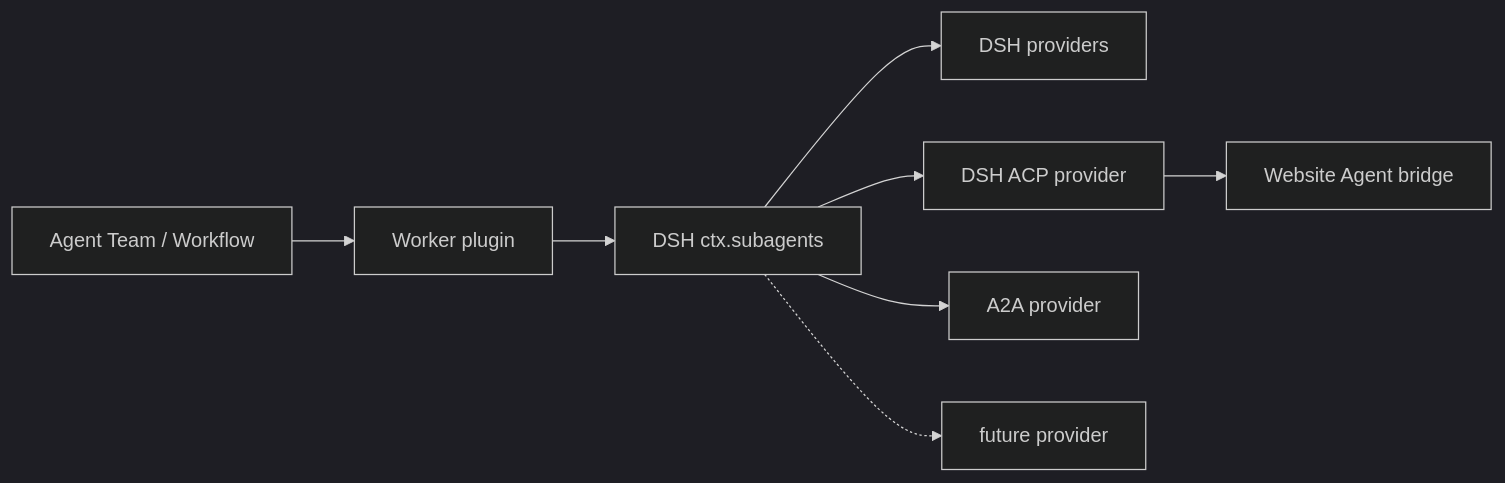
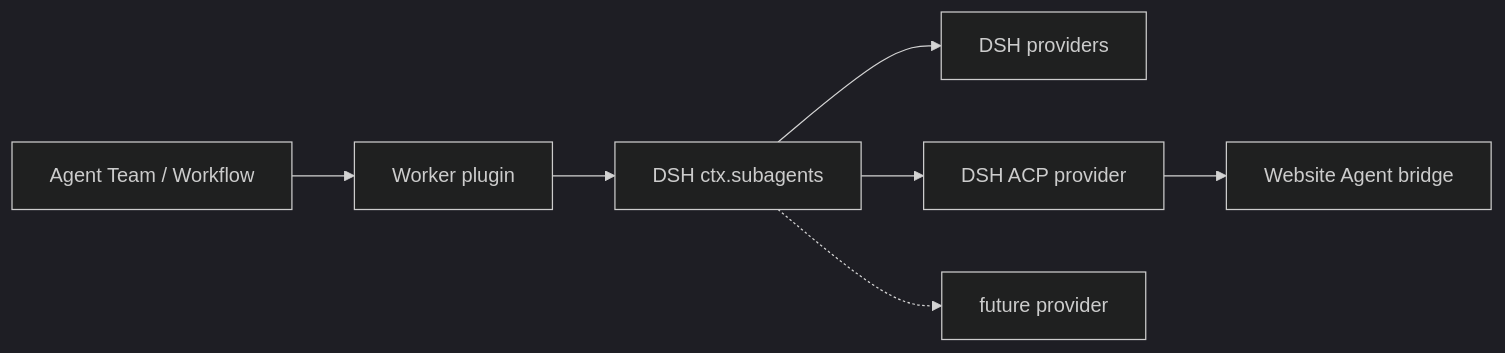
Before and after one commit to tsuuanmi/AgentOS: the diagram in docs/architecture/plugins/worker/README.md, drawn with Mermaid (dark theme).

Commit message:
docs: remove A2A provider from Worker registry diagram

```diff
--- a/docs/architecture/plugins/worker/README.md
+++ b/docs/architecture/plugins/worker/README.md
@@ -51,21 +51,19 @@
 ~~~mermaid
 flowchart LR
     Caller[Agent Team / Workflow]
     Worker[Worker plugin]
     Registry[DSH ctx.subagents]
 
     Native[DSH providers]
     ACP[DSH ACP provider]
     Website[Website Agent bridge]
-    A2A[A2A provider]
     Future[future provider]
 
     Caller --> Worker
     Worker --> Registry
 
     Registry --> Native
     Registry --> ACP
-    Registry --> A2A
     ACP --> Website
     Registry -.-> Future
 ~~~
```
